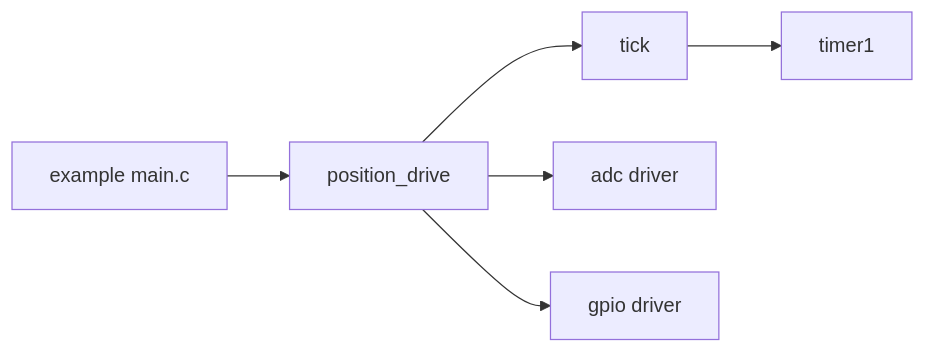
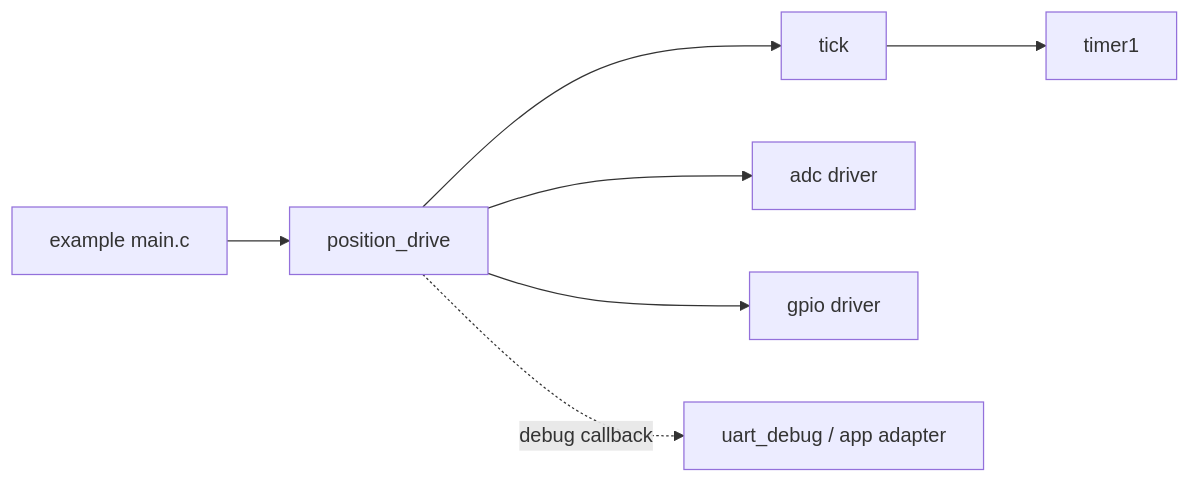
Before and after one commit to anatoliWeb/pic-platform: the seventh of 7 diagrams in docs/architecture/dependency-graph.md, drawn with Mermaid. The commit also changed other lines of this file and 15 other files, not shown here.

First line of the commit message:
docs(position-drive): expand debug and workflow diagrams

````diff
--- a/docs/architecture/dependency-graph.md
+++ b/docs/architecture/dependency-graph.md
@@ -138,8 +138,9 @@
 ```mermaid
 flowchart LR
     MAIN[example main.c] --> PDRV[position_drive]
     PDRV --> TICK[tick]
     PDRV --> ADC[adc driver]
     PDRV --> GPIO[gpio driver]
+    PDRV -. debug callback .-> UDBG[uart_debug / app adapter]
     TICK --> T1[timer1]
 ```
````
